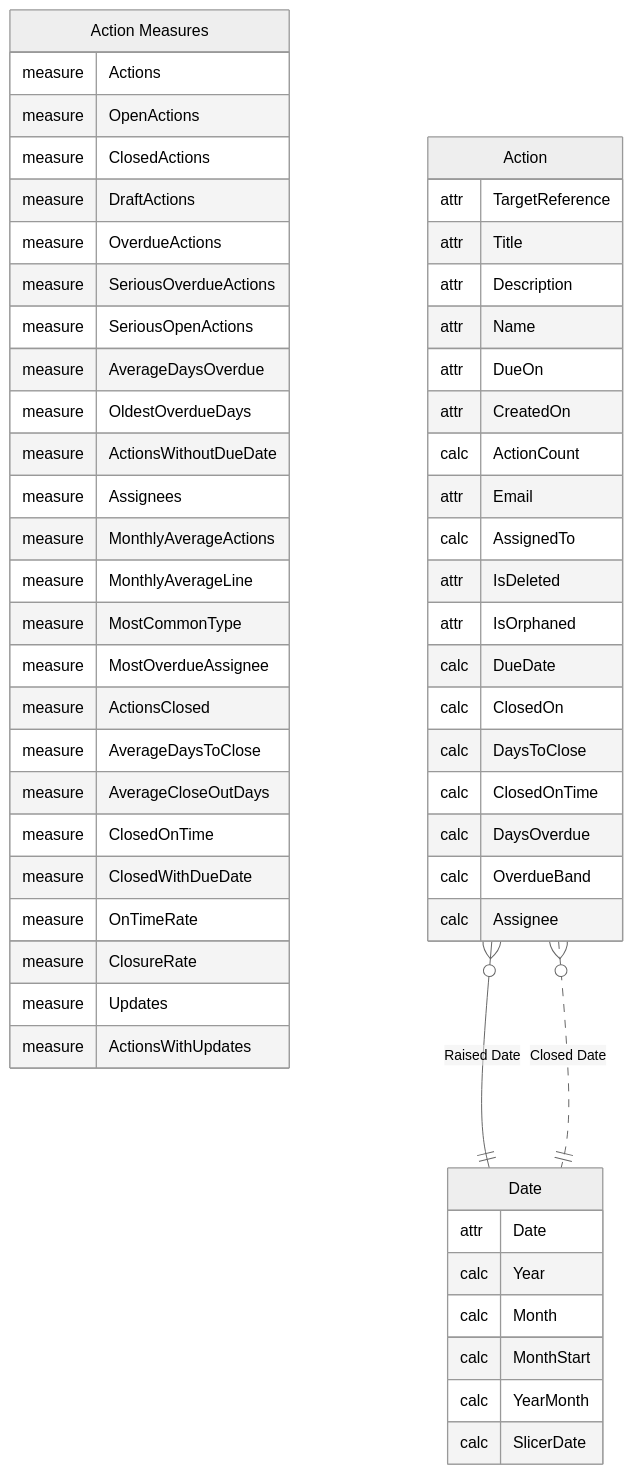
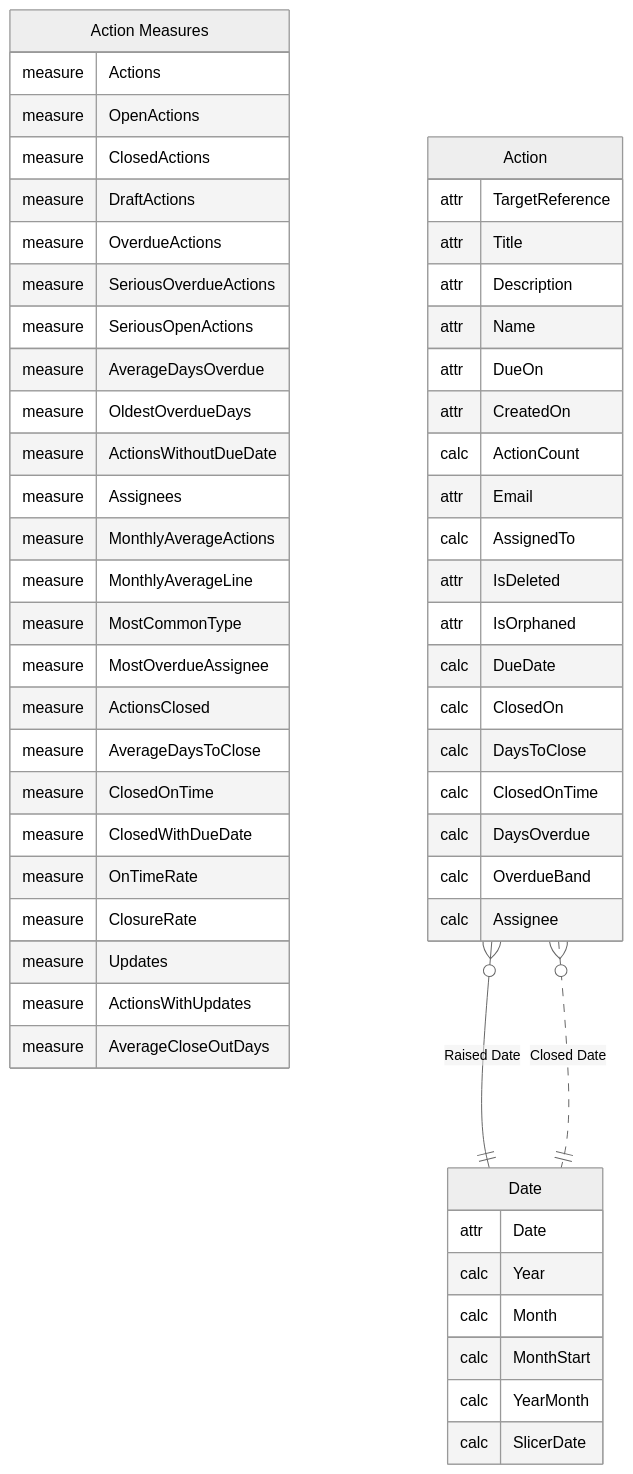
Before and after one commit to adrian-work-wallet/BIClient: the second of 2 diagrams in PowerBISamplesModels/Actions.md, drawn with Mermaid. The commit also changed other lines of this file and 4 other files, not shown here.

````diff
--- a/PowerBISamplesModels/Actions.md
+++ b/PowerBISamplesModels/Actions.md
@@ -58,63 +58,63 @@
 ```mermaid
 ---
 config:
   theme: neutral
 ---
 erDiagram
     "Date" {
         attr Date
         calc Year
         calc Month
         calc MonthStart
         calc YearMonth
         calc SlicerDate
     }
     "Action Measures" {
         measure Actions
         measure OpenActions
         measure ClosedActions
         measure DraftActions
         measure OverdueActions
         measure SeriousOverdueActions
         measure SeriousOpenActions
         measure AverageDaysOverdue
         measure OldestOverdueDays
         measure ActionsWithoutDueDate
         measure Assignees
         measure MonthlyAverageActions
         measure MonthlyAverageLine
         measure MostCommonType
         measure MostOverdueAssignee
         measure ActionsClosed
         measure AverageDaysToClose
-        measure AverageCloseOutDays
         measure ClosedOnTime
         measure ClosedWithDueDate
         measure OnTimeRate
         measure ClosureRate
         measure Updates
         measure ActionsWithUpdates
+        measure AverageCloseOutDays
     }
     "Action" {
         attr TargetReference
         attr Title
         attr Description
         attr Name
         attr DueOn
         attr CreatedOn
         calc ActionCount
         attr Email
         calc AssignedTo
         attr IsDeleted
         attr IsOrphaned
         calc DueDate
         calc ClosedOn
         calc DaysToClose
         calc ClosedOnTime
         calc DaysOverdue
         calc OverdueBand
         calc Assignee
     }
     "Action" }o--|| "Date" : "Raised Date"
     "Action" }o..|| "Date" : "Closed Date"
 ```
````
